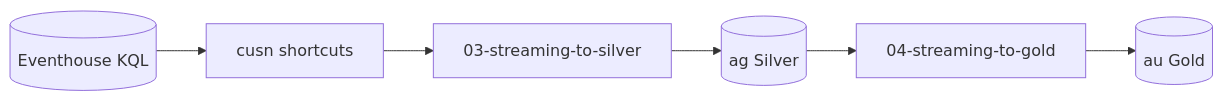
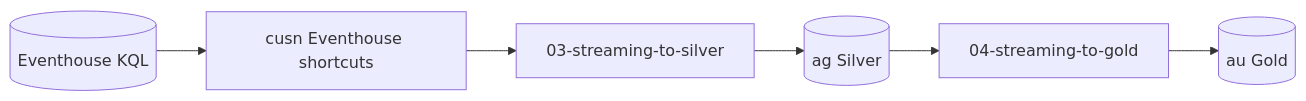
One commit to amattas/retail-demo changed the fourth of 5 diagrams in docs/design/architecture/data-flow.md. Above: the diagram before and after it, drawn with Mermaid. The commit also changed other lines of this file and 47 other files, not shown here.

````diff
--- a/docs/design/architecture/data-flow.md
+++ b/docs/design/architecture/data-flow.md
@@ -59,11 +63,11 @@
 ```mermaid
 flowchart LR
     KQL[(Eventhouse KQL)]
-    Bronze[cusn shortcuts]
+    Bronze[cusn Eventhouse shortcuts]
     S[03-streaming-to-silver]
     Silver[(ag Silver)]
     G[04-streaming-to-gold]
     Gold[(au Gold)]
 
     KQL --> Bronze --> S --> Silver --> G --> Gold
 ```
````
